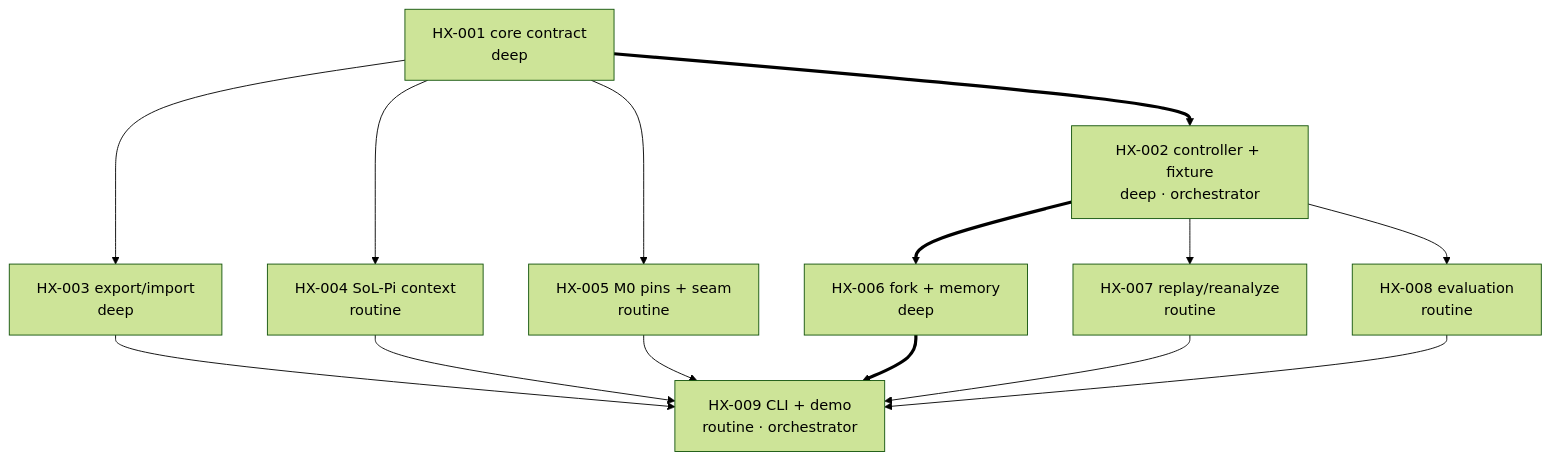
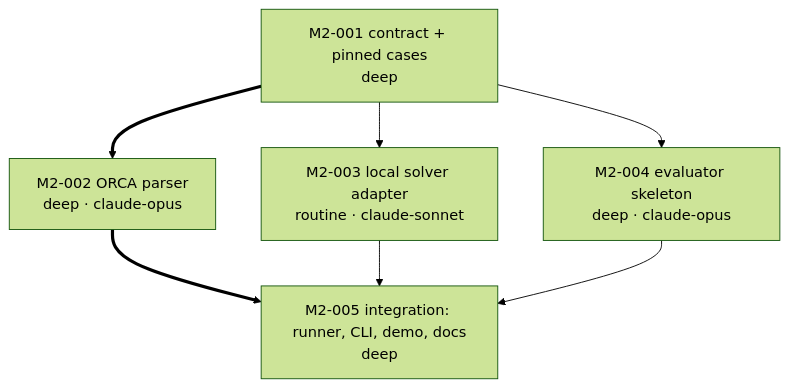
The diagram in PLAN.md (vu1n/onoda), drawn with Mermaid (forest theme) before and after one commit. The commit also changed other lines of this file and 23 other files, not shown here.

First line of the commit message:
M2-001: observation contract and pinned authentic ORCA cases

````diff
--- a/PLAN.md
+++ b/PLAN.md
@@ -249,16 +162,9 @@
 ```mermaid
 flowchart TD
-    HX_001["HX-001 core contract<br/>deep"] ==> HX_002["HX-002 controller + fixture<br/>deep · orchestrator"]
-    HX_001 --> HX_003["HX-003 export/import<br/>deep"]
-    HX_001 --> HX_004["HX-004 SoL-Pi context<br/>routine"]
-    HX_001 --> HX_005["HX-005 M0 pins + seam<br/>routine"]
-    HX_002 ==> HX_006["HX-006 fork + memory<br/>deep"]
-    HX_002 --> HX_007["HX-007 replay/reanalyze<br/>routine"]
-    HX_002 --> HX_008["HX-008 evaluation<br/>routine"]
-    HX_003 --> HX_009
-    HX_004 --> HX_009
-    HX_005 --> HX_009
-    HX_006 ==> HX_009["HX-009 CLI + demo<br/>routine · orchestrator"]
-    HX_007 --> HX_009
-    HX_008 --> HX_009
+    M2_001["M2-001 contract + pinned cases<br/>deep"] ==> M2_002["M2-002 ORCA parser<br/>deep · claude-opus"]
+    M2_001 --> M2_003["M2-003 local solver adapter<br/>routine · claude-sonnet"]
+    M2_001 --> M2_004["M2-004 evaluator skeleton<br/>deep · claude-opus"]
+    M2_002 ==> M2_005["M2-005 integration: runner, CLI, demo, docs<br/>deep"]
+    M2_003 --> M2_005
+    M2_004 --> M2_005
 ```
````
